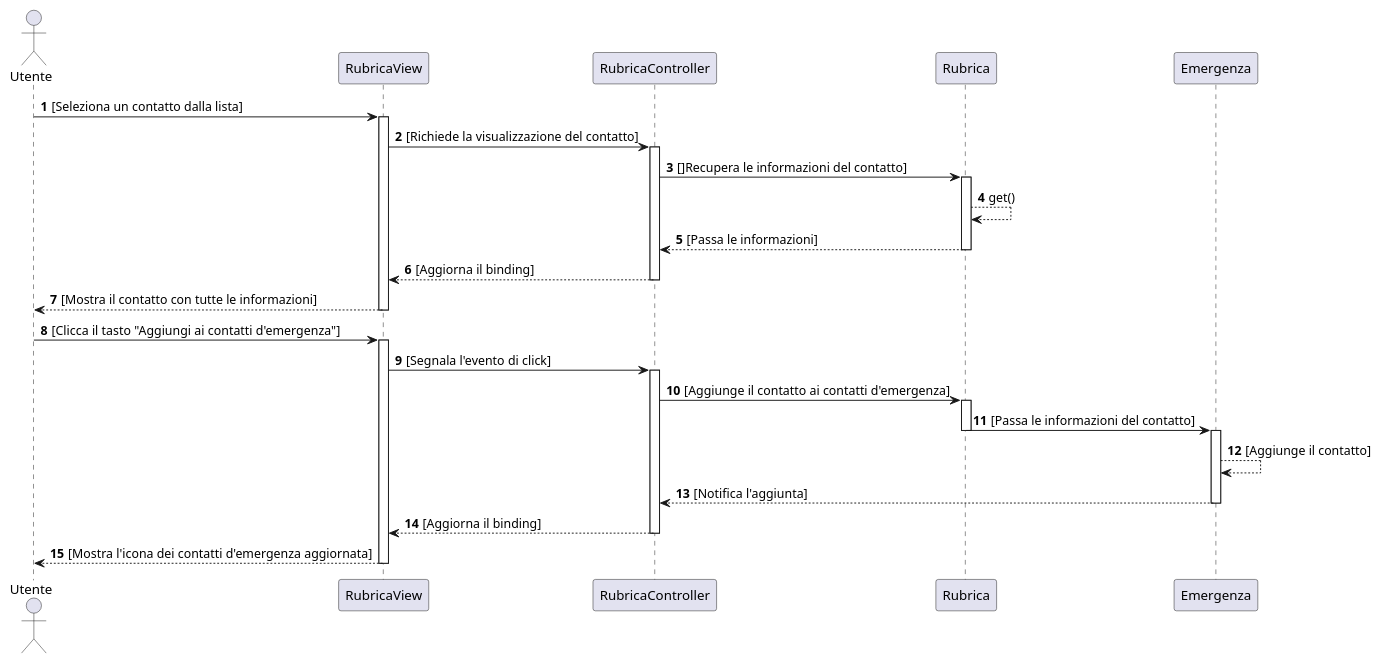
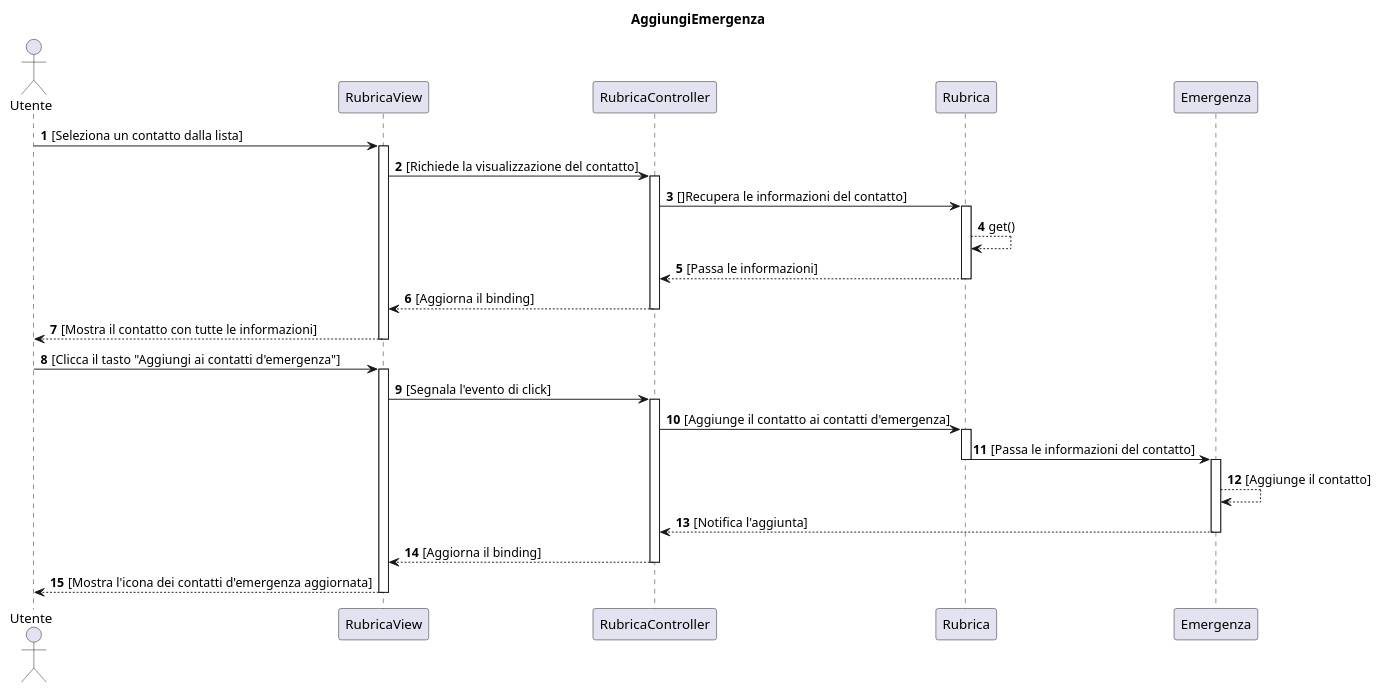
One commit to emanueletocci/uni-swe-project changed the diagram in docs/bozze/Diagrammi/Sequenza/ScenarioAggiuntaEmergenza.puml. Above: the diagram before and after it, drawn with PlantUML. The commit also changed 9 other files, not shown here.

First line of the commit message:
Aggiornamento diagrammi di sequenza

```diff
--- a/docs/bozze/Diagrammi/Sequenza/ScenarioAggiuntaEmergenza.puml
+++ b/docs/bozze/Diagrammi/Sequenza/ScenarioAggiuntaEmergenza.puml
@@ -1,40 +1,41 @@
 @startuml
+title AggiungiEmergenza
 autonumber
 actor Utente
 participant RubricaView
 participant RubricaController
 participant Rubrica
 participant Emergenza
 
 Utente -> RubricaView : [Seleziona un contatto dalla lista]
 activate RubricaView
 RubricaView -> RubricaController : [Richiede la visualizzazione del contatto]
 activate RubricaController
 RubricaController -> Rubrica : []Recupera le informazioni del contatto]
 activate Rubrica
 Rubrica --> Rubrica : get()
 Rubrica --> RubricaController : [Passa le informazioni]
 deactivate Rubrica
 RubricaController --> RubricaView : [Aggiorna il binding]
 deactivate RubricaController
 RubricaView --> Utente : [Mostra il contatto con tutte le informazioni]
 deactivate RubricaView
 
 Utente -> RubricaView : [Clicca il tasto "Aggiungi ai contatti d'emergenza"]
 activate RubricaView
 RubricaView -> RubricaController : [Segnala l'evento di click]
 activate RubricaController
 RubricaController -> Rubrica : [Aggiunge il contatto ai contatti d'emergenza]
 activate Rubrica
 Rubrica -> Emergenza : [Passa le informazioni del contatto]
 deactivate Rubrica
 activate Emergenza
 Emergenza --> Emergenza : [Aggiunge il contatto]
 
 Emergenza --> RubricaController : [Notifica l'aggiunta]
 deactivate Emergenza
 RubricaController --> RubricaView : [Aggiorna il binding]
 deactivate RubricaController
 RubricaView --> Utente : [Mostra l'icona dei contatti d'emergenza aggiornata]
 deactivate RubricaView
 @enduml
```
